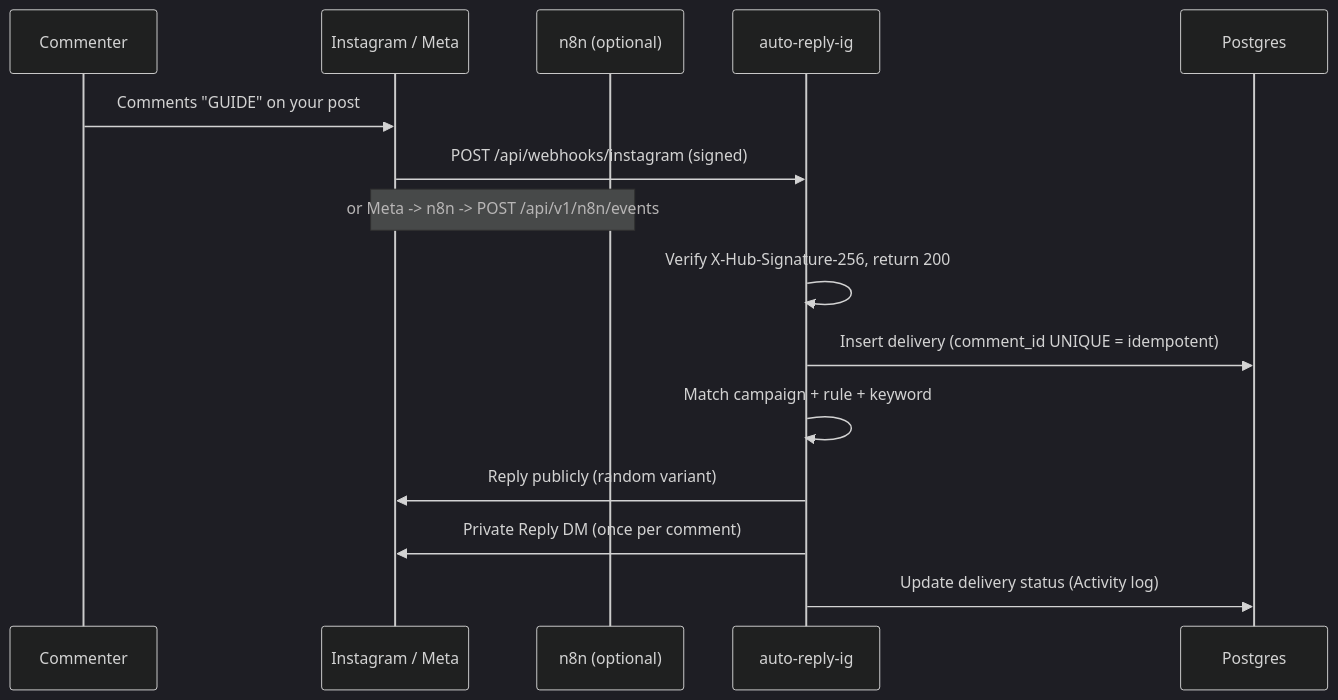
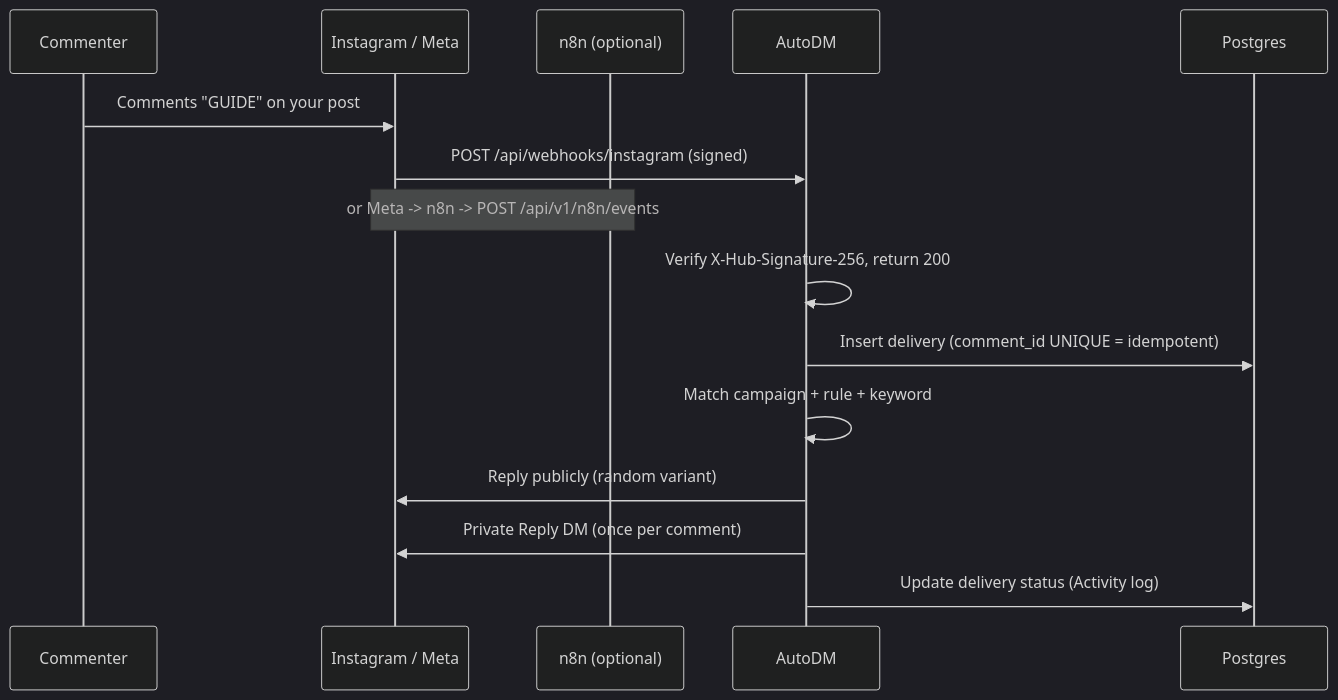
Before and after one commit to ilramadhan/auto-reply-ig: the diagram in README.md, drawn with Mermaid (dark theme). The commit also changed other lines of this file and 41 other files, not shown here.

````diff
--- a/README.md
+++ b/README.md
@@ -130,17 +135,17 @@
 ```mermaid
 sequenceDiagram
   participant U as Commenter
   participant IG as Instagram / Meta
   participant N as n8n (optional)
-  participant A as auto-reply-ig
+  participant A as AutoDM
   participant DB as Postgres
   U->>IG: Comments "GUIDE" on your post
   IG->>A: POST /api/webhooks/instagram (signed)
   Note over IG,N: or Meta -> n8n -> POST /api/v1/n8n/events
   A->>A: Verify X-Hub-Signature-256, return 200
   A->>DB: Insert delivery (comment_id UNIQUE = idempotent)
   A->>A: Match campaign + rule + keyword
   A->>IG: Reply publicly (random variant)
   A->>IG: Private Reply DM (once per comment)
   A->>DB: Update delivery status (Activity log)
 ```
````
